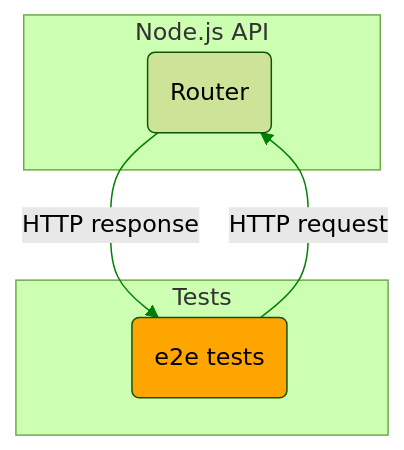
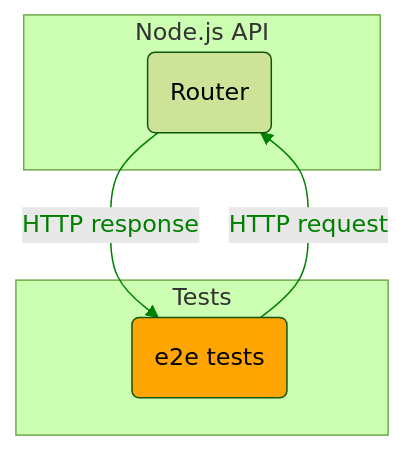
One commit to aleksandr-kiliushin/learning changed the second of 3 diagrams in summaries/testing-javascript-applications.md. Above: the diagram before and after it, drawn with Mermaid (forest theme). The commit also changed other lines of this file, not shown here.

````diff
--- a/summaries/testing-javascript-applications.md
+++ b/summaries/testing-javascript-applications.md
@@ -69,19 +69,19 @@
 ```mermaid
   flowchart TB
     router(Router)
     e2e-tests(e2e tests):::orange
 
     subgraph Node.js API
       router
     end
 
     subgraph Tests
       e2e-tests
     end
 
     e2e-tests--HTTP request-->router
     router--HTTP response-->e2e-tests
 
     classDef orange fill:orange;
-    linkStyle 0,1 stroke:green;
+    linkStyle 0,1 stroke:green,color:green;
 ```
````
